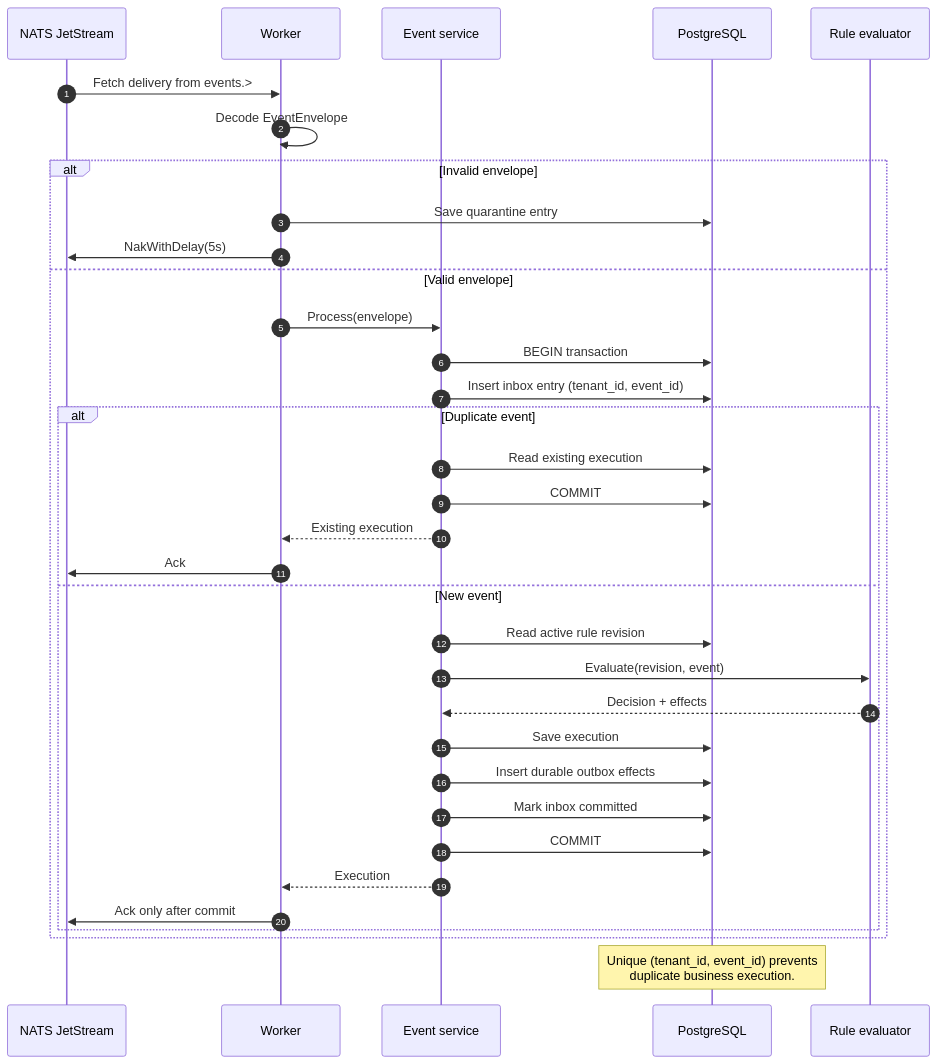
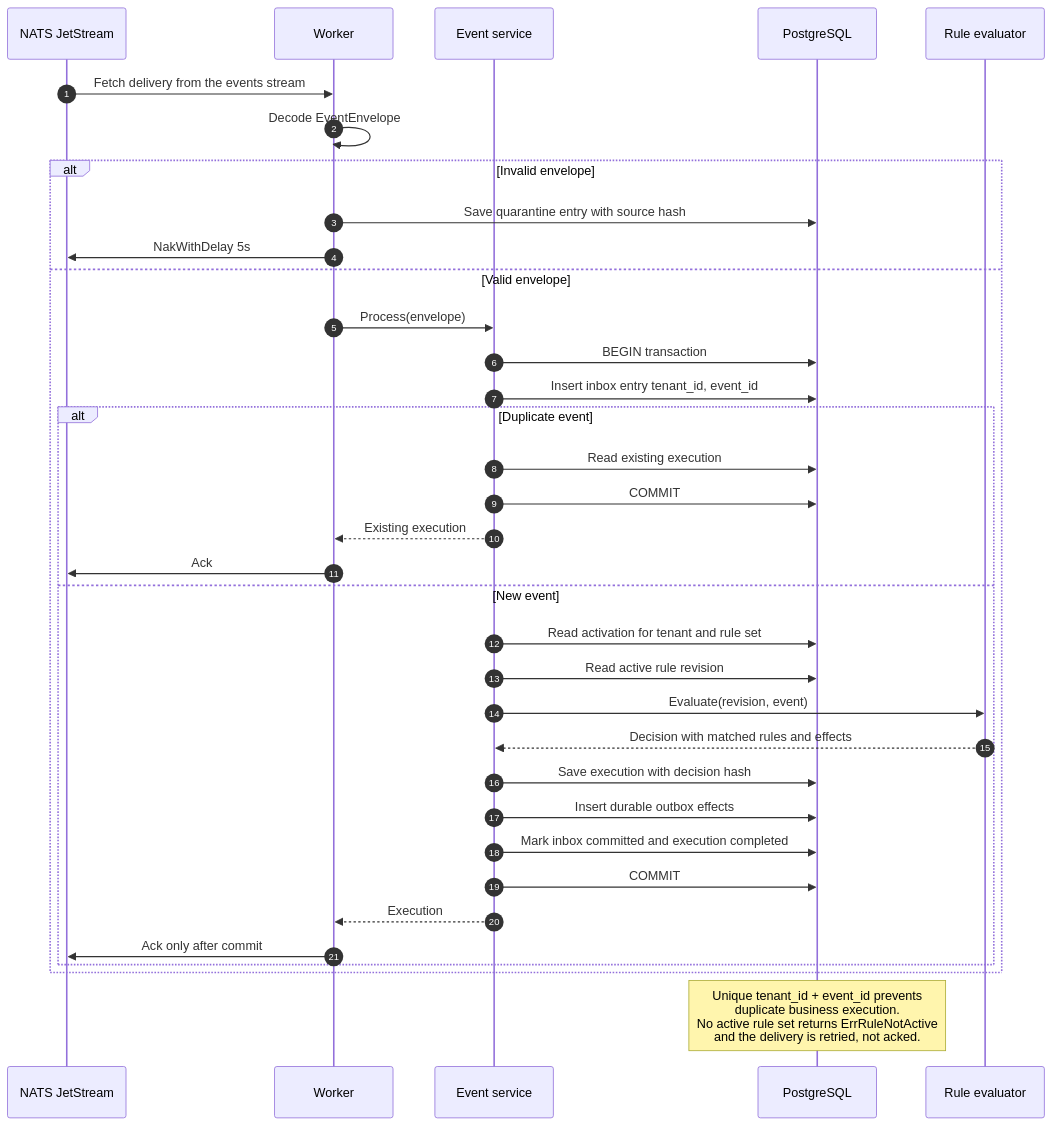
The diagram in docs/08-event-processing.mmd (premchandkpc/kafka-simulate-rule), drawn with Mermaid before and after one commit. The commit also changed 17 other files, not shown here.

Commit message:
docs: enrich mermaid diagrams and fix parse errors

```diff
--- a/docs/08-event-processing.mmd
+++ b/docs/08-event-processing.mmd
@@ -1,35 +1,38 @@
 sequenceDiagram
     autonumber
     participant NATS as NATS JetStream
     participant Worker as Worker
     participant Events as Event service
     participant DB as PostgreSQL
     participant Eval as Rule evaluator
 
-    NATS->>Worker: Fetch delivery from events.>
+    NATS->>Worker: Fetch delivery from the events stream
     Worker->>Worker: Decode EventEnvelope
+
     alt Invalid envelope
-        Worker->>DB: Save quarantine entry
-        Worker->>NATS: NakWithDelay(5s)
+        Worker->>DB: Save quarantine entry with source hash
+        Worker->>NATS: NakWithDelay 5s
     else Valid envelope
         Worker->>Events: Process(envelope)
         Events->>DB: BEGIN transaction
-        Events->>DB: Insert inbox entry (tenant_id, event_id)
+        Events->>DB: Insert inbox entry tenant_id, event_id
         alt Duplicate event
             Events->>DB: Read existing execution
             Events->>DB: COMMIT
             Events-->>Worker: Existing execution
             Worker->>NATS: Ack
         else New event
+            Events->>DB: Read activation for tenant and rule set
             Events->>DB: Read active rule revision
             Events->>Eval: Evaluate(revision, event)
-            Eval-->>Events: Decision + effects
-            Events->>DB: Save execution
+            Eval-->>Events: Decision with matched rules and effects
+            Events->>DB: Save execution with decision hash
             Events->>DB: Insert durable outbox effects
-            Events->>DB: Mark inbox committed
+            Events->>DB: Mark inbox committed and execution completed
             Events->>DB: COMMIT
             Events-->>Worker: Execution
             Worker->>NATS: Ack only after commit
         end
     end
-    Note over DB: Unique (tenant_id, event_id) prevents<br/>duplicate business execution.
+
+    Note over DB: Unique tenant_id + event_id prevents<br/>duplicate business execution.<br/>No active rule set returns ErrRuleNotActive<br/>and the delivery is retried, not acked.
```
